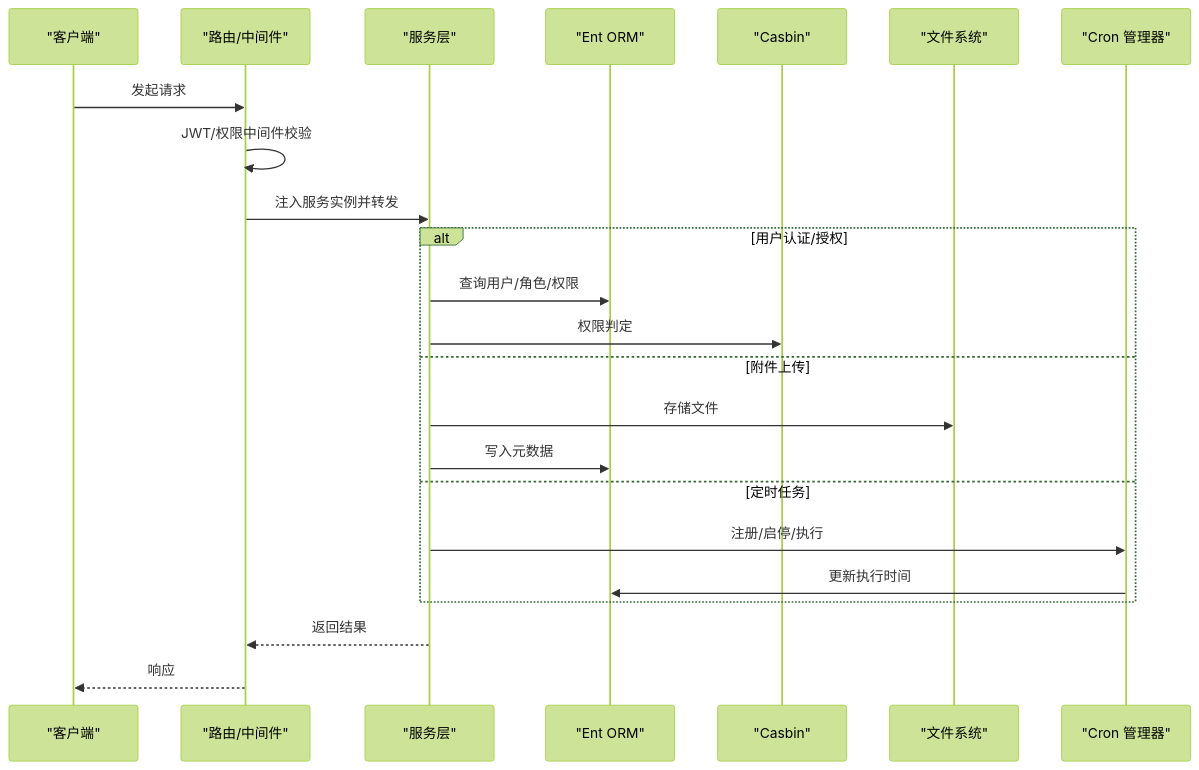
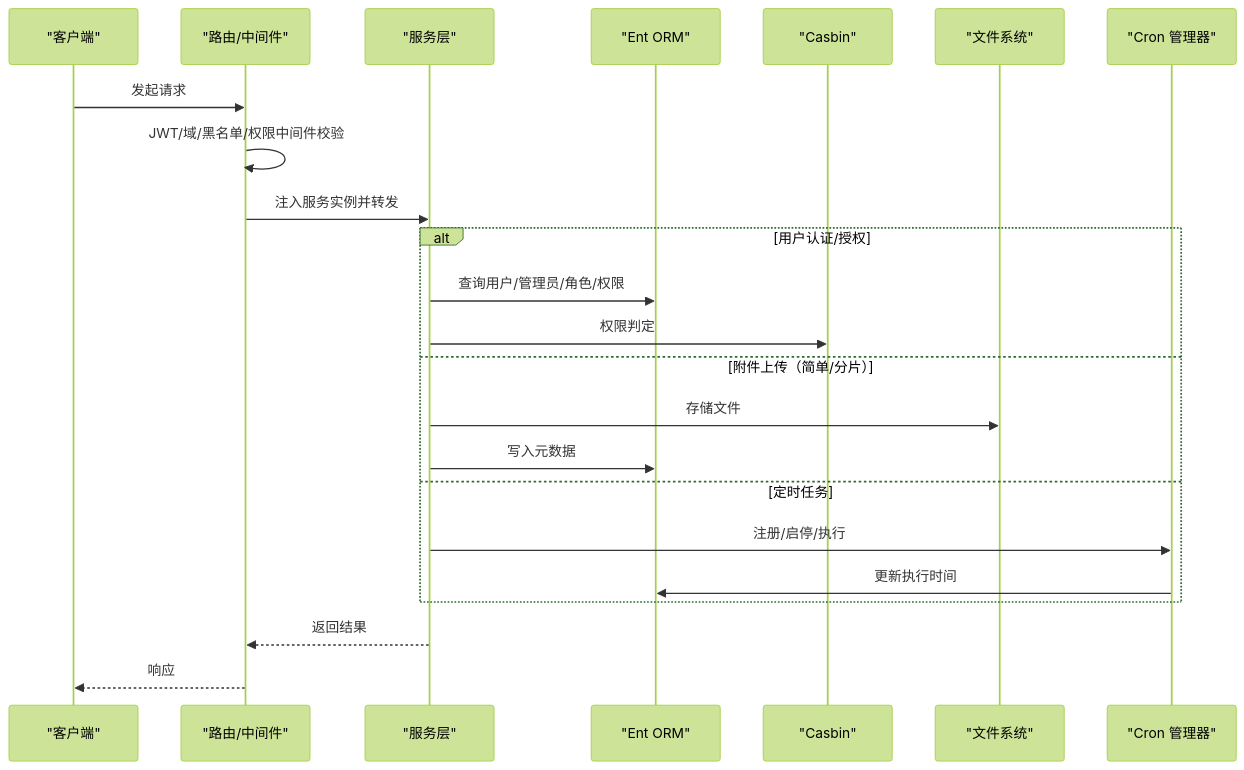
The second of 7 diagrams in .qoder/repowiki/zh/content/核心模块/核心模块.md (wuwuseo/e-sports-go-admin), drawn with Mermaid (forest theme) before and after one commit. The commit also changed other lines of this file and 42 other files, not shown here.

````diff
--- a/.qoder/repowiki/zh/content/核心模块/核心模块.md
+++ b/.qoder/repowiki/zh/content/核心模块/核心模块.md
@@ -122,25 +147,25 @@
 ```mermaid
 sequenceDiagram
 participant C as "客户端"
 participant R as "路由/中间件"
 participant S as "服务层"
 participant E as "Ent ORM"
 participant P as "Casbin"
 participant F as "文件系统"
 participant M as "Cron 管理器"
 C->>R : 发起请求
-R->>R : JWT/权限中间件校验
+R->>R : JWT/域/黑名单/权限中间件校验
 R->>S : 注入服务实例并转发
 alt 用户认证/授权
-S->>E : 查询用户/角色/权限
+S->>E : 查询用户/管理员/角色/权限
 S->>P : 权限判定
-else 附件上传
+else 附件上传（简单/分片）
 S->>F : 存储文件
 S->>E : 写入元数据
 else 定时任务
 S->>M : 注册/启停/执行
 M->>E : 更新执行时间
 end
 S-->>R : 返回结果
 R-->>C : 响应
 ```
````
